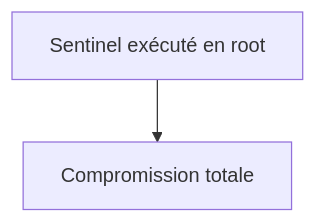
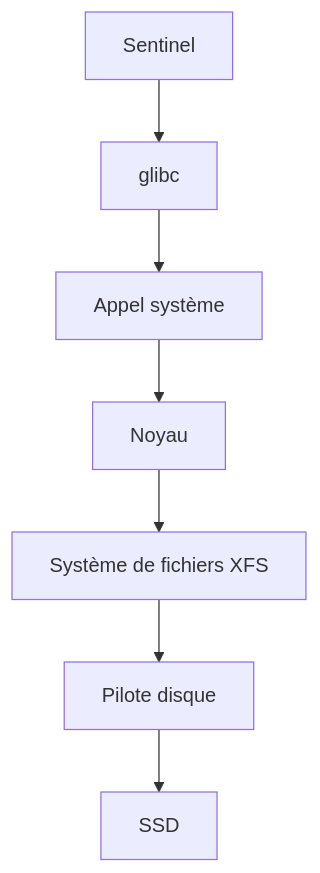
Diagram 13 of 16 in campagne 1/1.3.md (tdelaclos/formations), drawn with Mermaid before and after one commit. The commit also changed other lines of this file, not shown here.

````diff
--- a/campagne 1/1.3.md
+++ b/campagne 1/1.3.md
@@ -754,7 +718,24 @@
 ```mermaid
 flowchart TD
 
-A["Sentinel exécuté en root"]
+A["Sentinel"]
 
-A --> B["Compromission totale"]
+B["glibc"]
+
+C["Appel système"]
+
+D["Noyau"]
+
+E["Système de fichiers XFS"]
+
+F["Pilote disque"]
+
+G["SSD"]
+
+A --> B
+B --> C
+C --> D
+D --> E
+E --> F
+F --> G
 ```
````
